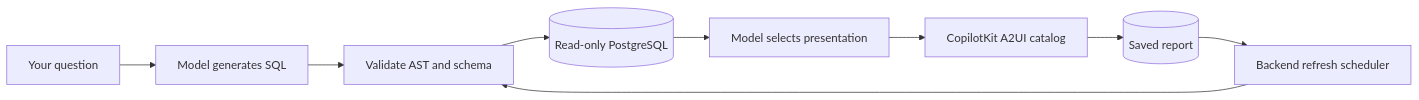
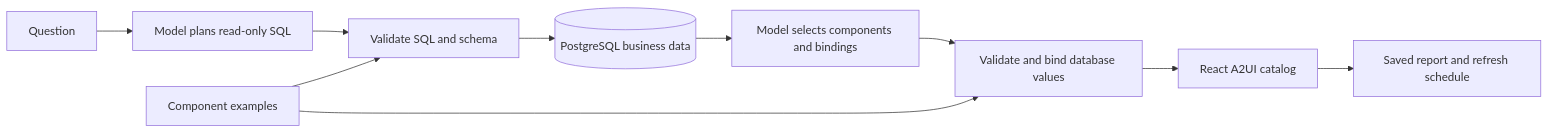
Before and after one commit to latentspace7/intelui: the diagram in README.md, drawn with Mermaid. The commit also changed other lines of this file and 36 other files, not shown here.

````diff
--- a/README.md
+++ b/README.md
@@ -53,11 +88,12 @@
 ```mermaid
 flowchart LR
-  Q[Your question] --> AI[Model generates SQL]
-  AI --> V[Validate AST and schema]
-  V --> PG[(Read-only PostgreSQL)]
-  PG --> P[Model selects presentation]
-  P --> UI[CopilotKit A2UI catalog]
-  UI --> D[(Saved report)]
-  D --> R[Backend refresh scheduler]
-  R --> V
+  Q[Question] --> SQL[Model plans read-only SQL]
+  SQL --> V[Validate SQL and schema]
+  V --> DB[(PostgreSQL business data)]
+  DB --> P[Model selects components and bindings]
+  P --> C[Validate and bind database values]
+  C --> UI[React A2UI catalog]
+  E[Component examples] --> V
+  E --> C
+  UI --> R[Saved report and refresh schedule]
 ```
````
